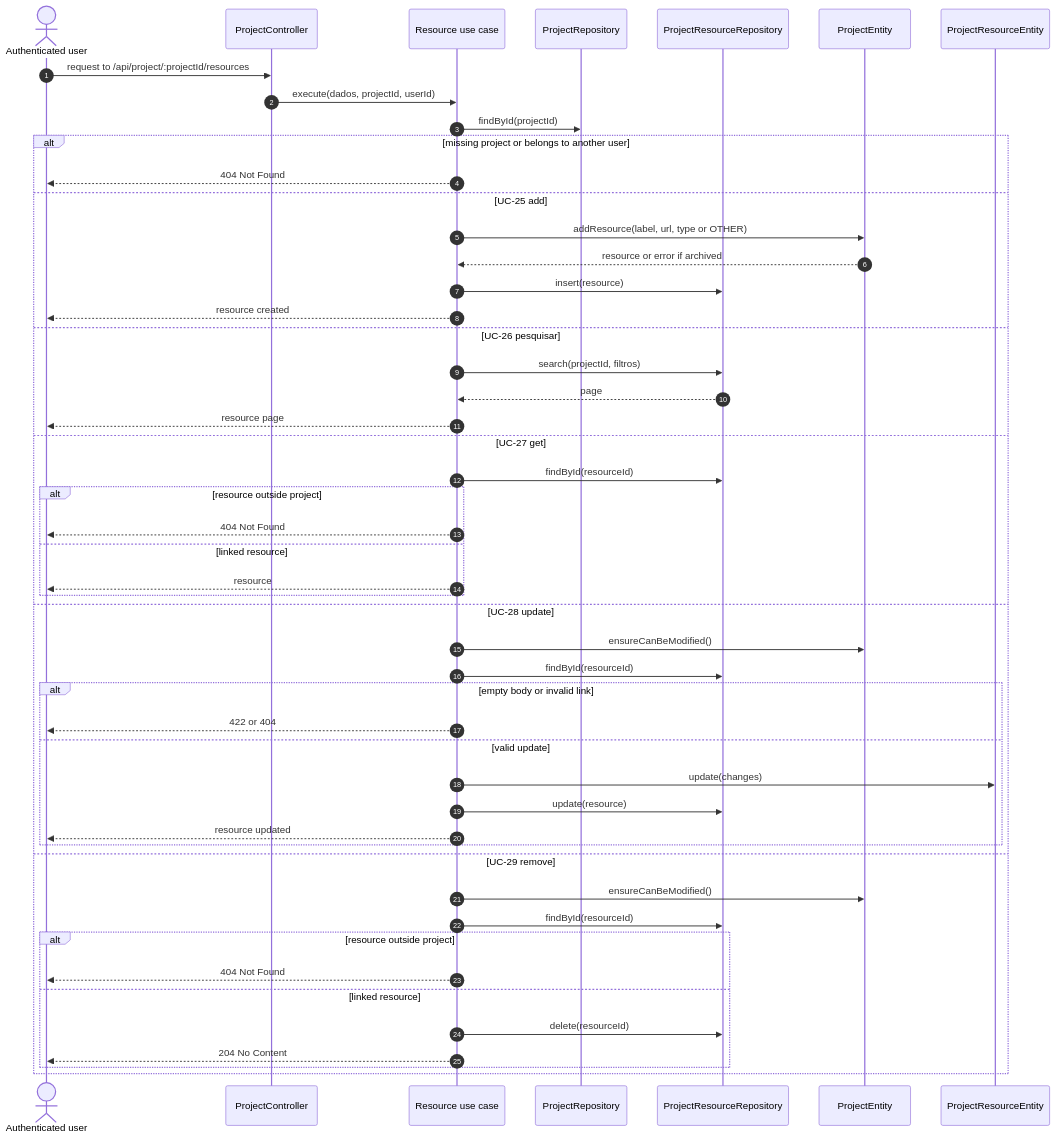
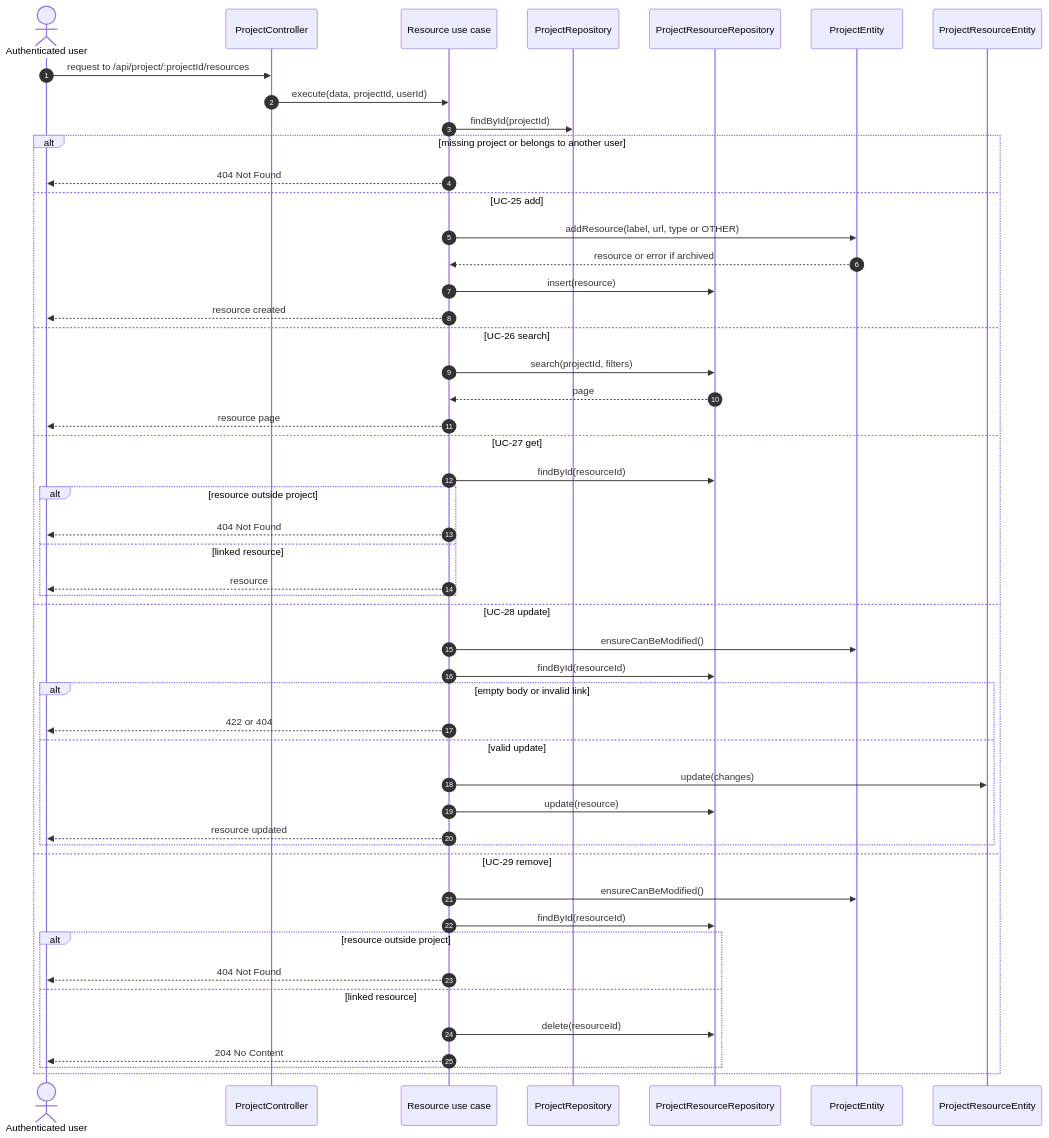
One commit to Lucalopezz/DevLog changed the sixth of 6 diagrams in docs/diagrams/sequences/projects.md. Above: the diagram before and after it, drawn with Mermaid. The commit also changed other lines of this file and 68 other files, not shown here.

````diff
--- a/docs/diagrams/sequences/projects.md
+++ b/docs/diagrams/sequences/projects.md
@@ -229,53 +229,53 @@
 ```mermaid
 sequenceDiagram
     autonumber
     actor UserActor as Authenticated user
     participant C as ProjectController
     participant UC as Resource use case
     participant PRepo as ProjectRepository
     participant RRepo as ProjectResourceRepository
     participant Project as ProjectEntity
     participant Resource as ProjectResourceEntity
 
     UserActor->>C: request to /api/project/:projectId/resources
-    C->>UC: execute(dados, projectId, userId)
+    C->>UC: execute(data, projectId, userId)
     UC->>PRepo: findById(projectId)
     alt missing project or belongs to another user
         UC-->>UserActor: 404 Not Found
     else UC-25 add
         UC->>Project: addResource(label, url, type or OTHER)
         Project-->>UC: resource or error if archived
         UC->>RRepo: insert(resource)
         UC-->>UserActor: resource created
-    else UC-26 pesquisar
-        UC->>RRepo: search(projectId, filtros)
+    else UC-26 search
+        UC->>RRepo: search(projectId, filters)
         RRepo-->>UC: page
         UC-->>UserActor: resource page
     else UC-27 get
         UC->>RRepo: findById(resourceId)
         alt resource outside project
             UC-->>UserActor: 404 Not Found
         else linked resource
             UC-->>UserActor: resource
         end
     else UC-28 update
         UC->>Project: ensureCanBeModified()
         UC->>RRepo: findById(resourceId)
         alt empty body or invalid link
             UC-->>UserActor: 422 or 404
         else valid update
             UC->>Resource: update(changes)
             UC->>RRepo: update(resource)
             UC-->>UserActor: resource updated
         end
     else UC-29 remove
         UC->>Project: ensureCanBeModified()
         UC->>RRepo: findById(resourceId)
         alt resource outside project
             UC-->>UserActor: 404 Not Found
         else linked resource
             UC->>RRepo: delete(resourceId)
             UC-->>UserActor: 204 No Content
         end
     end
 ```
````
